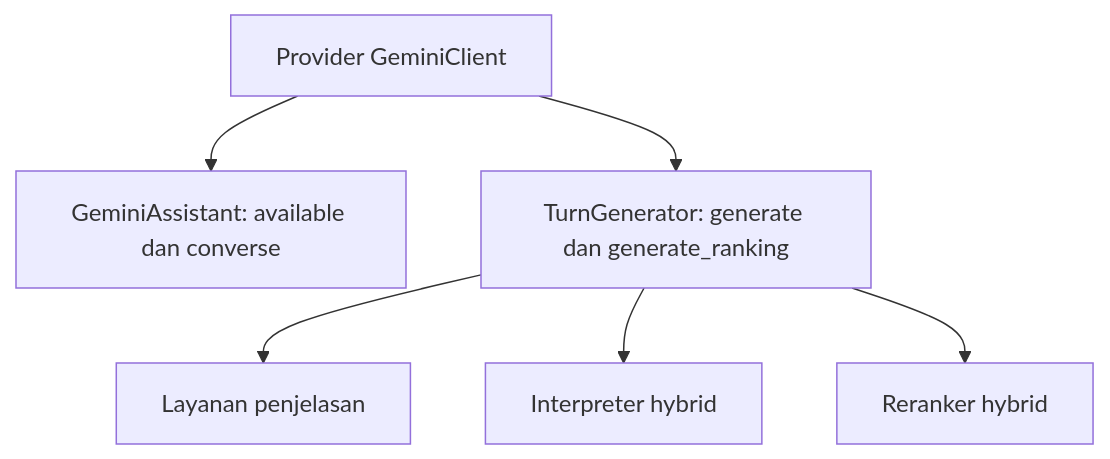
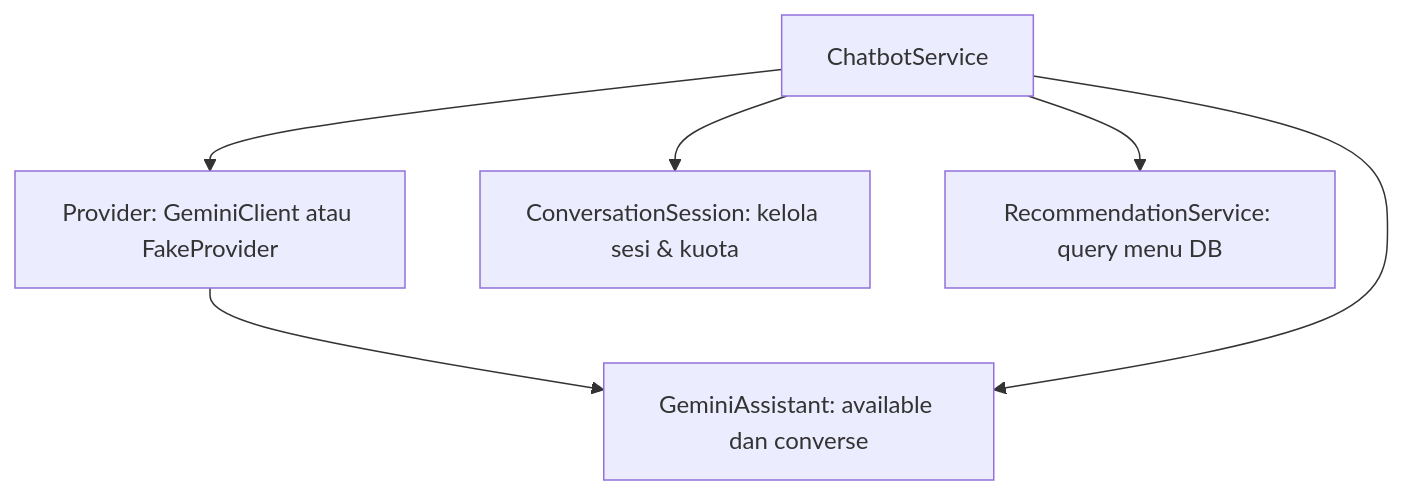
Before and after one commit to Cordova88/pemesanan-makanan-digital: the diagram in docs/oop/8. Pendalaman Abstraksi.md, drawn with Mermaid. The commit also changed other lines of this file and 10 other files, not shown here.

````diff
--- a/docs/oop/8. Pendalaman Abstraksi.md
+++ b/docs/oop/8. Pendalaman Abstraksi.md
@@ -62,8 +60,8 @@
 ```mermaid
 flowchart TD
-    P[Provider GeminiClient] --> A[GeminiAssistant: available dan converse]
-    P --> T[TurnGenerator: generate dan generate_ranking]
-    T --> E[Layanan penjelasan]
-    T --> I[Interpreter hybrid]
-    T --> R[Reranker hybrid]
+    P[Provider: GeminiClient atau FakeProvider] --> A[GeminiAssistant: available dan converse]
+    C[ChatbotService] --> P
+    C --> A
+    C --> S[ConversationSession: kelola sesi & kuota]
+    C --> R[RecommendationService: query menu DB]
 ```
````
